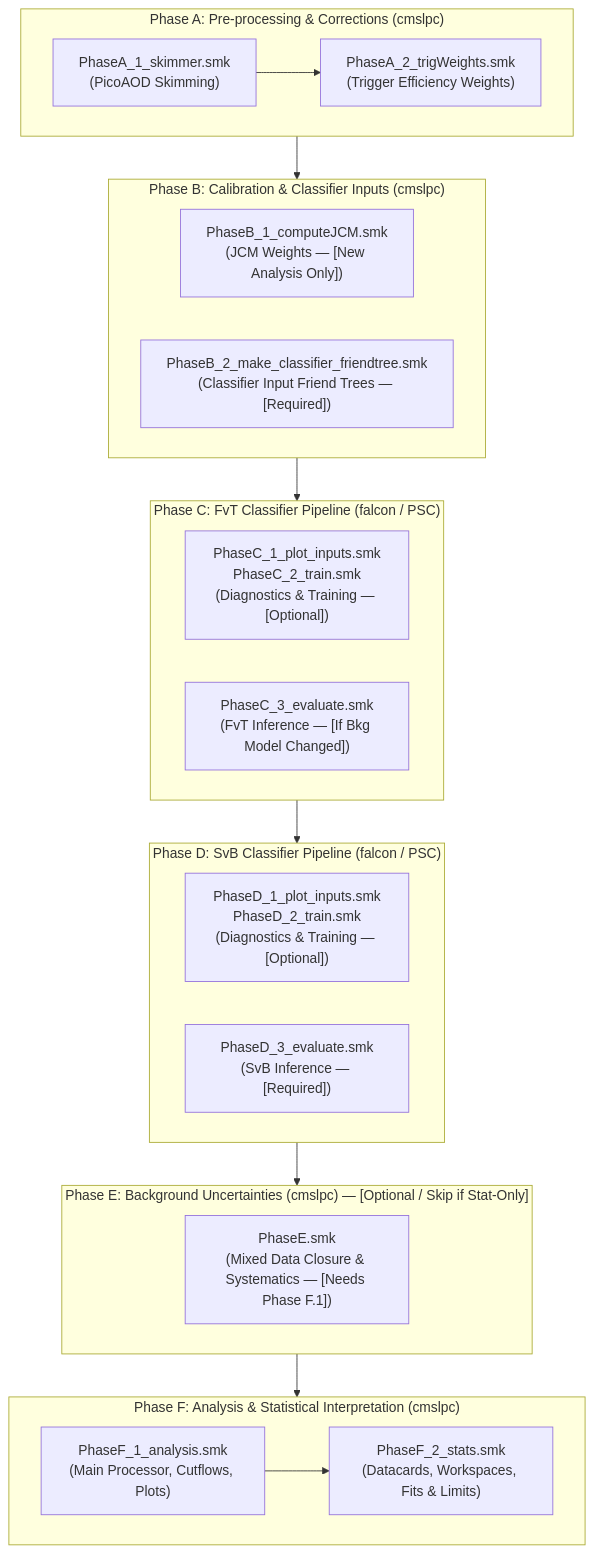
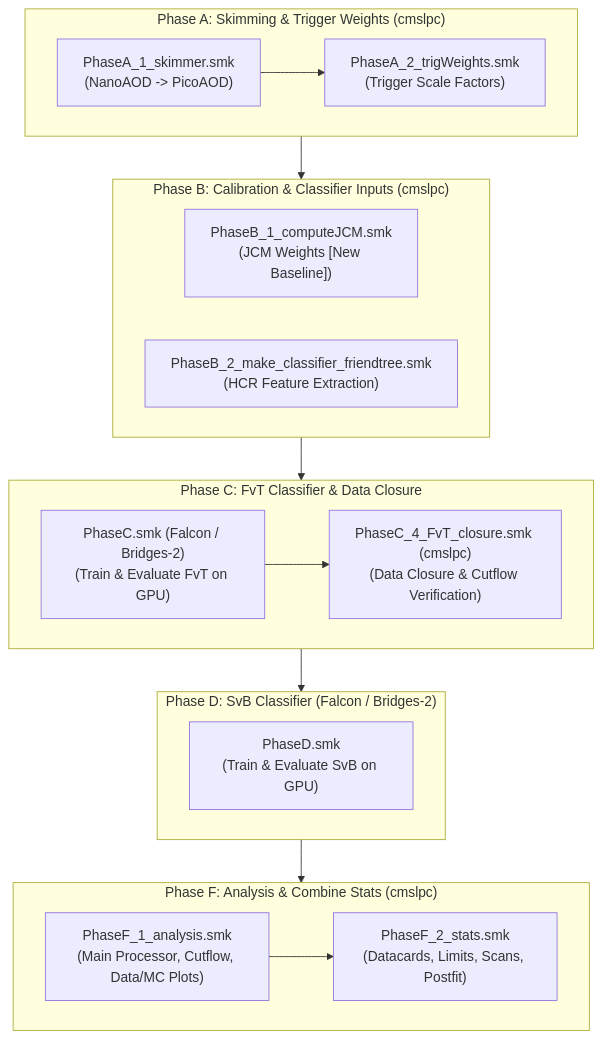
The first of 3 diagrams in workflows/README.md (cms-cmu/coffea4bees), drawn with Mermaid before and after one commit. The commit also changed other lines of this file, not shown here.

Commit message:
docs: expand workflows README with comprehensive Stat-Only, Bkg-Syst, and Full-Syst guides

````diff
--- a/workflows/README.md
+++ b/workflows/README.md
@@ -27,35 +38,32 @@
 ```mermaid
 flowchart TD
-    subgraph PhaseA["Phase A: Pre-processing & Corrections (cmslpc)"]
-        A1["PhaseA_1_skimmer.smk\n(PicoAOD Skimming)"] --> A2["PhaseA_2_trigWeights.smk\n(Trigger Efficiency Weights)"]
+    subgraph PhaseA["Phase A: Skimming & Trigger Weights (cmslpc)"]
+        A1["PhaseA_1_skimmer.smk\n(NanoAOD -> PicoAOD)"] --> A2["PhaseA_2_trigWeights.smk\n(Trigger Scale Factors)"]
     end
 
     subgraph PhaseB["Phase B: Calibration & Classifier Inputs (cmslpc)"]
-        B1["PhaseB_1_computeJCM.smk\n(JCM Weights — [New Analysis Only])"]
-        B2["PhaseB_2_make_classifier_friendtree.smk\n(Classifier Input Friend Trees — [Required])"]
+        B1["PhaseB_1_computeJCM.smk\n(JCM Weights [New Baseline])"]
+        B2["PhaseB_2_make_classifier_friendtree.smk\n(HCR Feature Extraction)"]
     end
 
-    subgraph PhaseC["Phase C: FvT Classifier Pipeline (falcon / PSC)"]
-        C1["PhaseC_1_plot_inputs.smk\nPhaseC_2_train.smk\n(Diagnostics & Training — [Optional])"]
-        C2["PhaseC_3_evaluate.smk\n(FvT Inference — [If Bkg Model Changed])"]
+    subgraph PhaseC["Phase C: FvT Classifier & Data Closure"]
+        C_GPU["PhaseC.smk (Falcon / Bridges-2)\n(Train & Evaluate FvT on GPU)"]
+        C4_CPU["PhaseC_4_FvT_closure.smk (cmslpc)\n(Data Closure & Cutflow Verification)"]
+        C_GPU --> C4_CPU
     end
 
-    subgraph PhaseD["Phase D: SvB Classifier Pipeline (falcon / PSC)"]
-        D1["PhaseD_1_plot_inputs.smk\nPhaseD_2_train.smk\n(Diagnostics & Training — [Optional])"]
-        D2["PhaseD_3_evaluate.smk\n(SvB Inference — [Required])"]
+    subgraph PhaseD["Phase D: SvB Classifier (Falcon / Bridges-2)"]
+        D1["PhaseD.smk\n(Train & Evaluate SvB on GPU)"]
     end
 
-    subgraph PhaseE["Phase E: Background Uncertainties (cmslpc) — [Optional / Skip if Stat-Only]"]
-        E1["PhaseE.smk\n(Mixed Data Closure & Systematics — [Needs Phase F.1])"]
-    end
-
-    subgraph PhaseF["Phase F: Analysis & Statistical Interpretation (cmslpc)"]
-        F1["PhaseF_1_analysis.smk\n(Main Processor, Cutflows, Plots)"] --> F2["PhaseF_2_stats.smk\n(Datacards, Workspaces, Fits & Limits)"]
+    subgraph PhaseF["Phase F: Analysis & Combine Stats (cmslpc)"]
+        F1["PhaseF_1_analysis.smk\n(Main Processor, Cutflow, Data/MC Plots)"]
+        F2["PhaseF_2_stats.smk\n(Datacards, Limits, Scans, Postfit)"]
+        F1 --> F2
     end
 
     PhaseA --> PhaseB
     PhaseB --> PhaseC
     PhaseC --> PhaseD
-    PhaseD --> PhaseE
-    PhaseE --> PhaseF
+    PhaseD --> PhaseF
 ```
````
